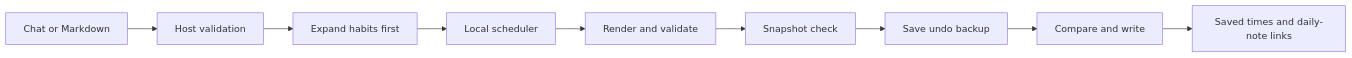
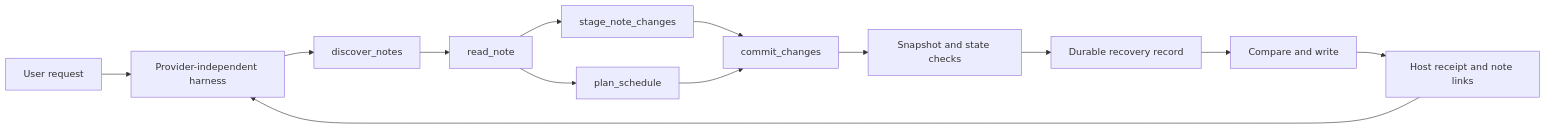
One commit to determinedsceptic/obsidian-auto-scheduler changed the diagram in docs/architecture.md. Above: the diagram before and after it, drawn with Mermaid. The commit also changed other lines of this file and 64 other files, not shown here.

````diff
--- a/docs/architecture.md
+++ b/docs/architecture.md
@@ -22,11 +27,15 @@
 ```mermaid
 flowchart LR
-  A[Chat or Markdown] --> B[Host validation]
-  B --> C[Expand habits first]
-  C --> D[Local scheduler]
-  D --> E[Render and validate]
-  E --> F[Snapshot check]
-  F --> G[Save undo backup]
-  G --> H[Compare and write]
-  H --> I[Saved times and daily-note links]
+  U[User request] --> H[Provider-independent harness]
+  H --> D[discover_notes]
+  D --> R[read_note]
+  R --> S[stage_note_changes]
+  R --> P[plan_schedule]
+  S --> C[commit_changes]
+  P --> C
+  C --> T[Snapshot and state checks]
+  T --> B[Durable recovery record]
+  B --> W[Compare and write]
+  W --> Q[Host receipt and note links]
+  Q --> H
 ```
````
